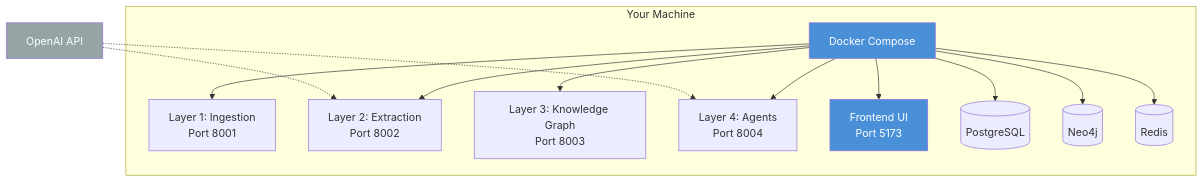
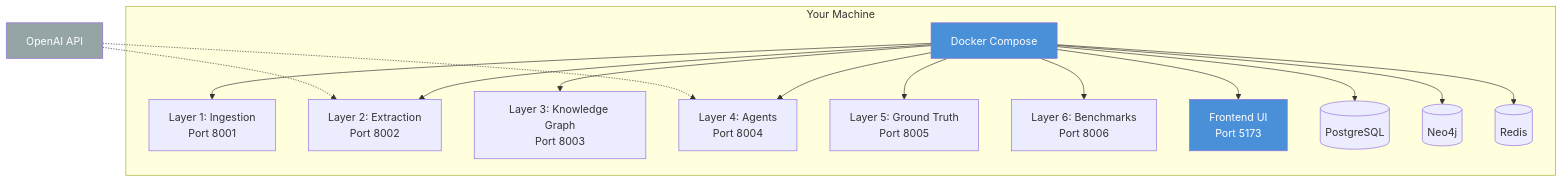
Before and after one commit to bmsull560/Fabric_4L: the diagram in docs/getting-started/quickstart.md, drawn with Mermaid. The commit also changed other lines of this file and 5 other files, not shown here.

First line of the commit message:
docs: update 4-layer to 6-layer references and add L5/L6 to diagrams

````diff
--- a/docs/getting-started/quickstart.md
+++ b/docs/getting-started/quickstart.md
@@ -39,19 +39,21 @@
 ```mermaid
 graph TB
     subgraph "Your Machine"
         A[Docker Compose] --> B[Layer 1: Ingestion<br/>Port 8001]
         A --> C[Layer 2: Extraction<br/>Port 8002]
         A --> D[Layer 3: Knowledge Graph<br/>Port 8003]
         A --> E[Layer 4: Agents<br/>Port 8004]
+        A --> K[Layer 5: Ground Truth<br/>Port 8005]
+        A --> L[Layer 6: Benchmarks<br/>Port 8006]
         A --> F[Frontend UI<br/>Port 5173]
         A --> G[(PostgreSQL)]
         A --> H[(Neo4j)]
         A --> I[(Redis)]
     end
     J[OpenAI API] -.-> C
     J -.-> E
     
     style A fill:#4a90d9,color:white
     style F fill:#4a90d9,color:white
     style J fill:#95a5a6,color:white
 ```
````
